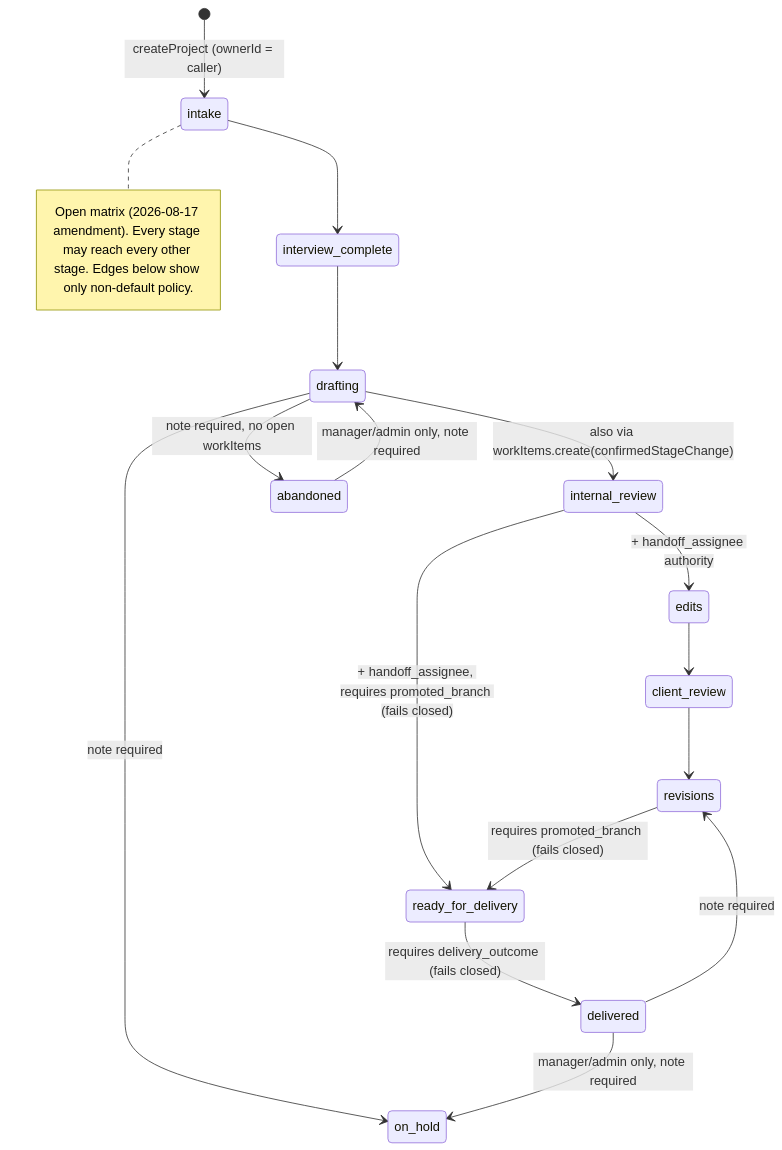
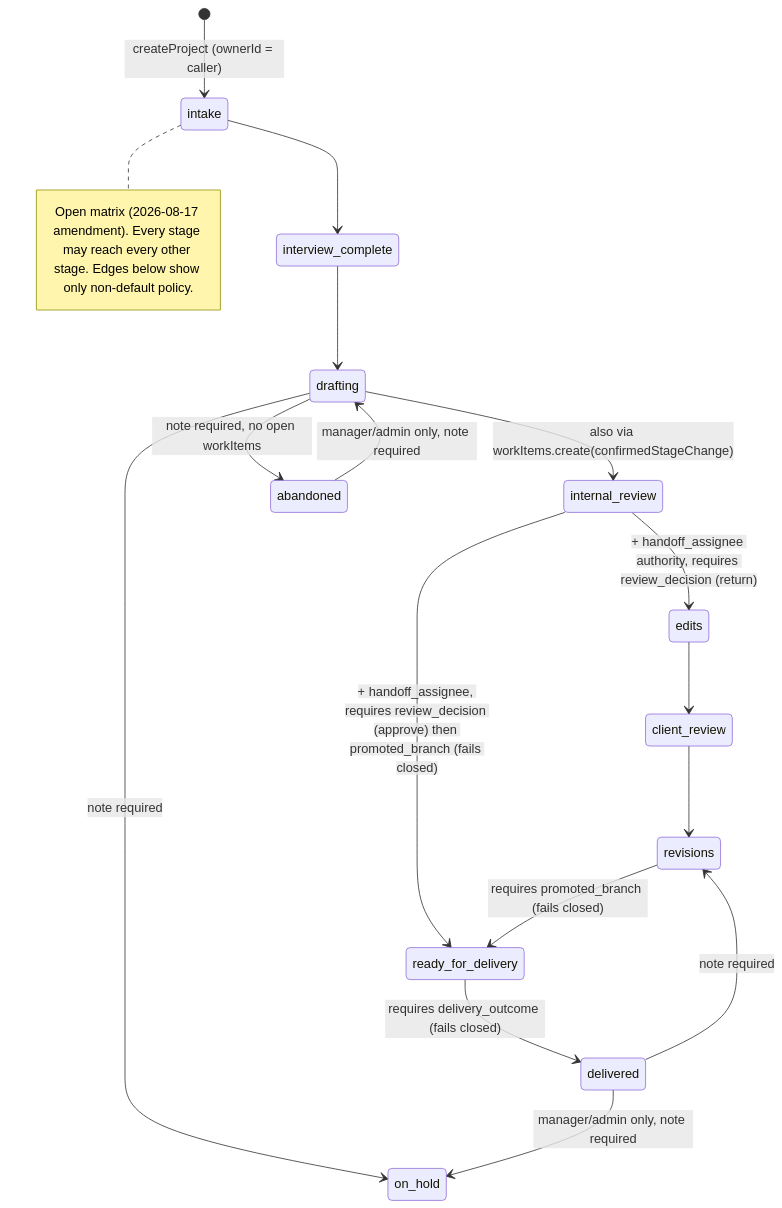
The fourth of 11 diagrams in docs/system-map.md (Choquer-agency/Banhall), drawn with Mermaid before and after one commit. The commit also changed other lines of this file and 11 other files, not shown here.

````diff
--- a/docs/system-map.md
+++ b/docs/system-map.md
@@ -122,19 +123,19 @@
 ```mermaid
 stateDiagram-v2
   [*] --> intake : createProject (ownerId = caller)
   note right of intake : Open matrix (2026-08-17 amendment). Every stage may reach every other stage. Edges below show only non-default policy.
   intake --> interview_complete
   interview_complete --> drafting
   drafting --> internal_review : also via workItems.create(confirmedStageChange)
-  internal_review --> edits : + handoff_assignee authority
-  internal_review --> ready_for_delivery : + handoff_assignee, requires promoted_branch (fails closed)
+  internal_review --> edits : + handoff_assignee authority, requires review_decision (return)
+  internal_review --> ready_for_delivery : + handoff_assignee, requires review_decision (approve) then promoted_branch (fails closed)
   edits --> client_review
   client_review --> revisions
   revisions --> ready_for_delivery : requires promoted_branch (fails closed)
   ready_for_delivery --> delivered : requires delivery_outcome (fails closed)
   drafting --> on_hold : note required
   drafting --> abandoned : note required, no open workItems
   delivered --> on_hold : manager/admin only, note required
   abandoned --> drafting : manager/admin only, note required
   delivered --> revisions : note required
 ```
````
